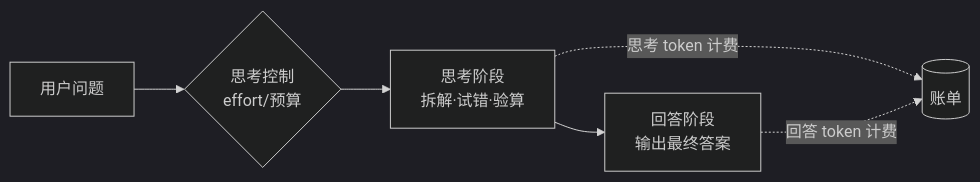
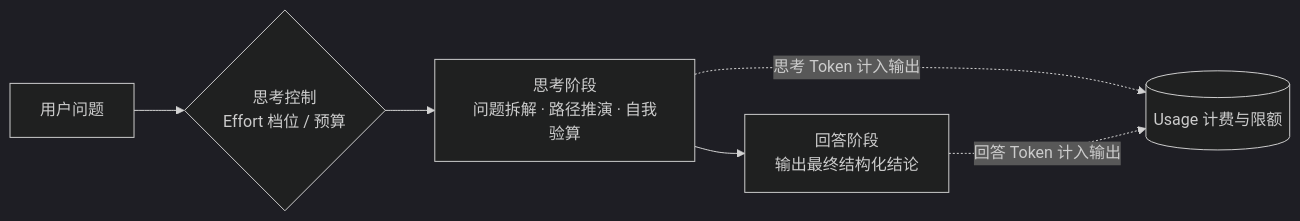
Before and after one commit to GuoWWWX/knowledge-base: the diagram in 10-AI应用开发/01-LLM基础与Prompt/16-推理模型与思考控制.md, drawn with Mermaid (dark theme). The commit also changed other lines of this file and 251 other files, not shown here.

````diff
--- a/10-AI应用开发/01-LLM基础与Prompt/16-推理模型与思考控制.md
+++ b/10-AI应用开发/01-LLM基础与Prompt/16-推理模型与思考控制.md
@@ -70,8 +70,8 @@
 ```mermaid
 flowchart LR
-    A[用户问题] --> B{思考控制<br/>effort/预算}
-    B --> C[思考阶段<br/>拆解·试错·验算]
-    C --> D[回答阶段<br/>输出最终答案]
-    C -.思考 token 计费.-> E[(账单)]
-    D -.回答 token 计费.-> E
+    A[用户问题] --> B{思考控制<br/>Effort 档位 / 预算}
+    B --> C[思考阶段<br/>问题拆解 · 路径推演 · 自我验算]
+    C --> D[回答阶段<br/>输出最终结构化结论]
+    C -.思考 Token 计入输出.-> E[(Usage 计费与限额)]
+    D -.回答 Token 计入输出.-> E
 ```
````
